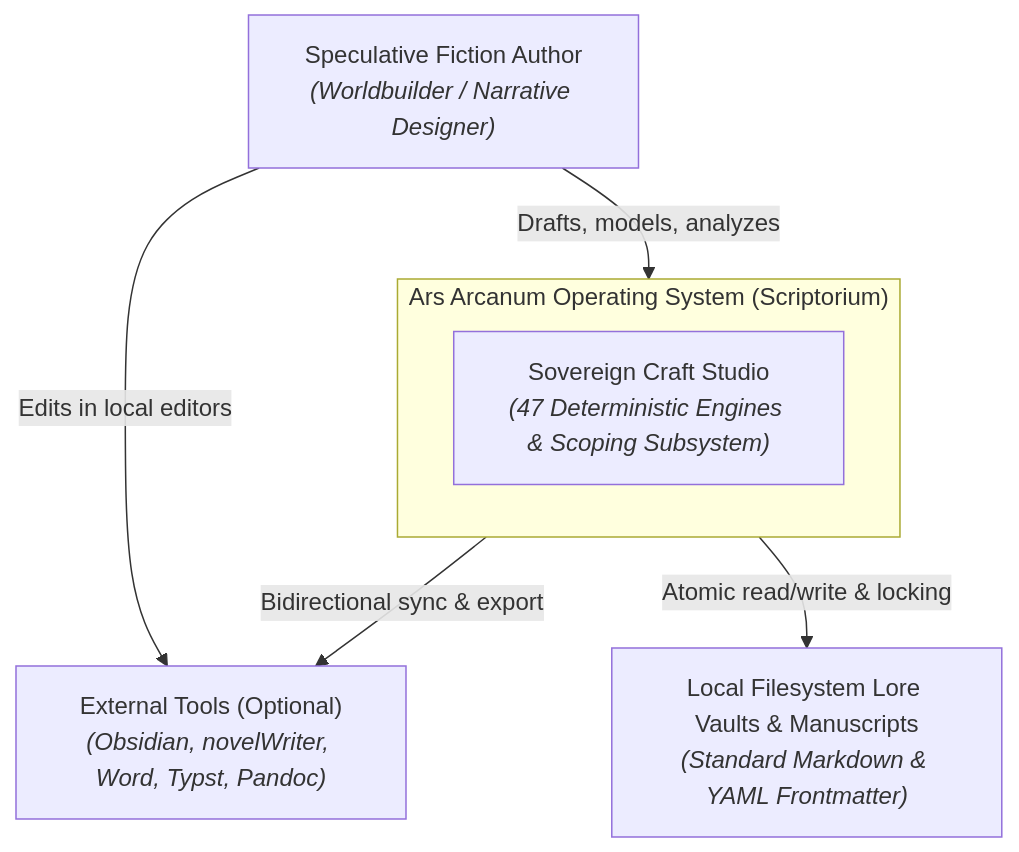
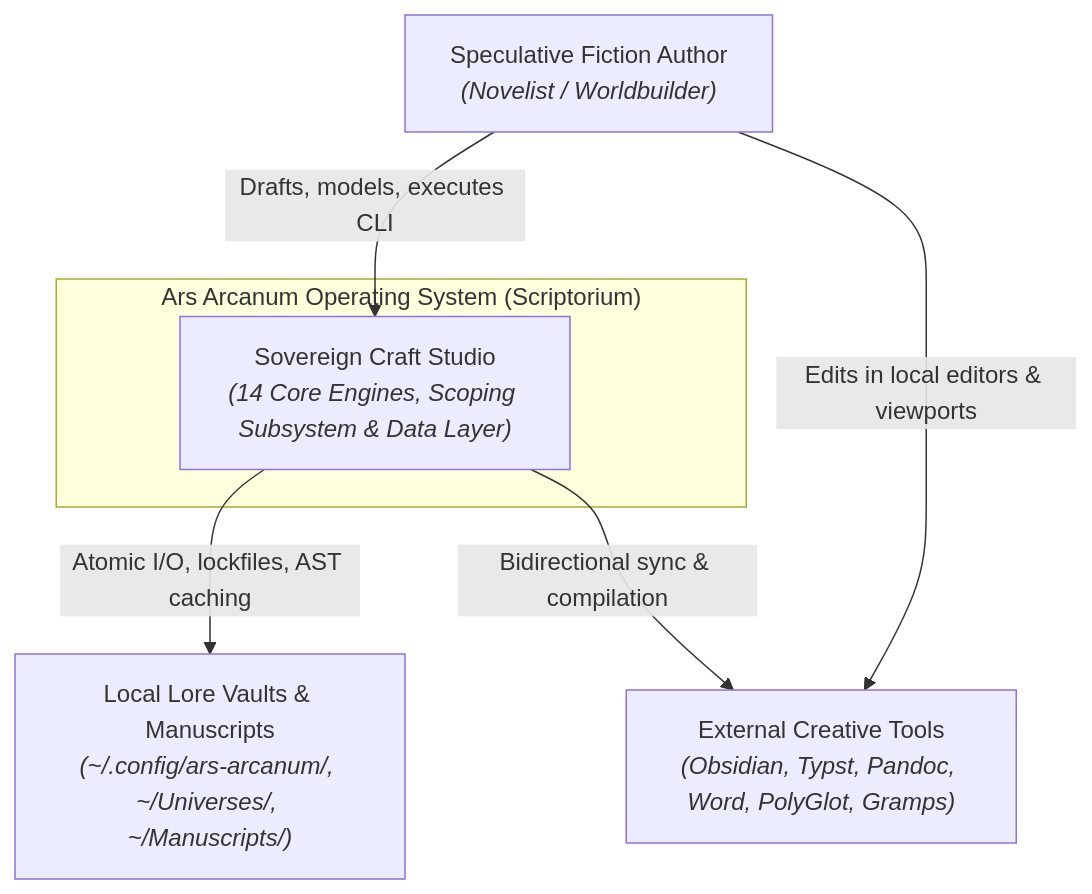
One commit to aryansinghnagar/Ars-Arcanum changed the first of 7 diagrams in docs/ARCHITECTURE.md. Above: the diagram before and after it, drawn with Mermaid. The commit also changed other lines of this file and 34 other files, not shown here.

First line of the commit message:
feat(docs & core): update authoritative architecture blueprint and harden core primitives

````diff
--- a/docs/ARCHITECTURE.md
+++ b/docs/ARCHITECTURE.md
@@ -158,16 +218,16 @@
 ```mermaid
 flowchart TD
-    AUTHOR["Speculative Fiction Author<br/><i>(Worldbuilder / Narrative Designer)</i>"]
+    AUTHOR["Speculative Fiction Author<br/><i>(Novelist / Worldbuilder)</i>"]
     
     subgraph ARS["Ars Arcanum Operating System (Scriptorium)"]
-        CORE["Sovereign Craft Studio<br/><i>(47 Deterministic Engines & Scoping Subsystem)</i>"]
+        STUDIO["Sovereign Craft Studio<br/><i>(14 Core Engines, Scoping Subsystem & Data Layer)</i>"]
     end
     
-    VAULT["Local Filesystem Lore Vaults & Manuscripts<br/><i>(Standard Markdown & YAML Frontmatter)</i>"]
-    EXTERNAL["External Tools (Optional)<br/><i>(Obsidian, novelWriter, Word, Typst, Pandoc)</i>"]
+    VAULT["Local Lore Vaults & Manuscripts<br/><i>(~/.config/ars-arcanum/, ~/Universes/, ~/Manuscripts/)</i>"]
+    EXT_TOOLS["External Creative Tools<br/><i>(Obsidian, Typst, Pandoc, Word, PolyGlot, Gramps)</i>"]
     
-    AUTHOR -->|Drafts, models, analyzes| ARS
-    ARS -->|Atomic read/write & locking| VAULT
-    ARS -->|Bidirectional sync & export| EXTERNAL
-    AUTHOR -->|Edits in local editors| EXTERNAL
+    AUTHOR -->|Drafts, models, executes CLI| STUDIO
+    STUDIO -->|Atomic I/O, lockfiles, AST caching| VAULT
+    STUDIO -->|Bidirectional sync & compilation| EXT_TOOLS
+    AUTHOR -->|Edits in local editors & viewports| EXT_TOOLS
 ```
````
